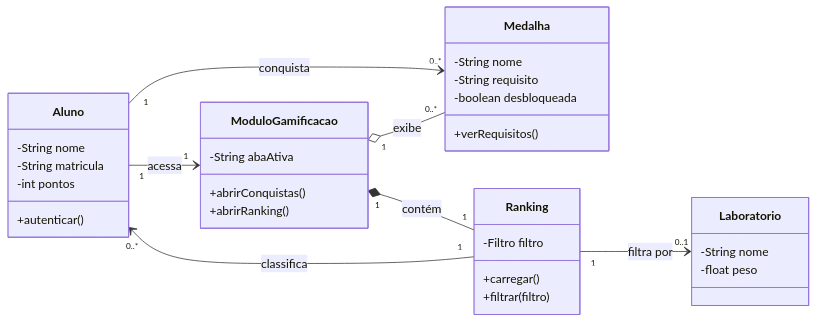
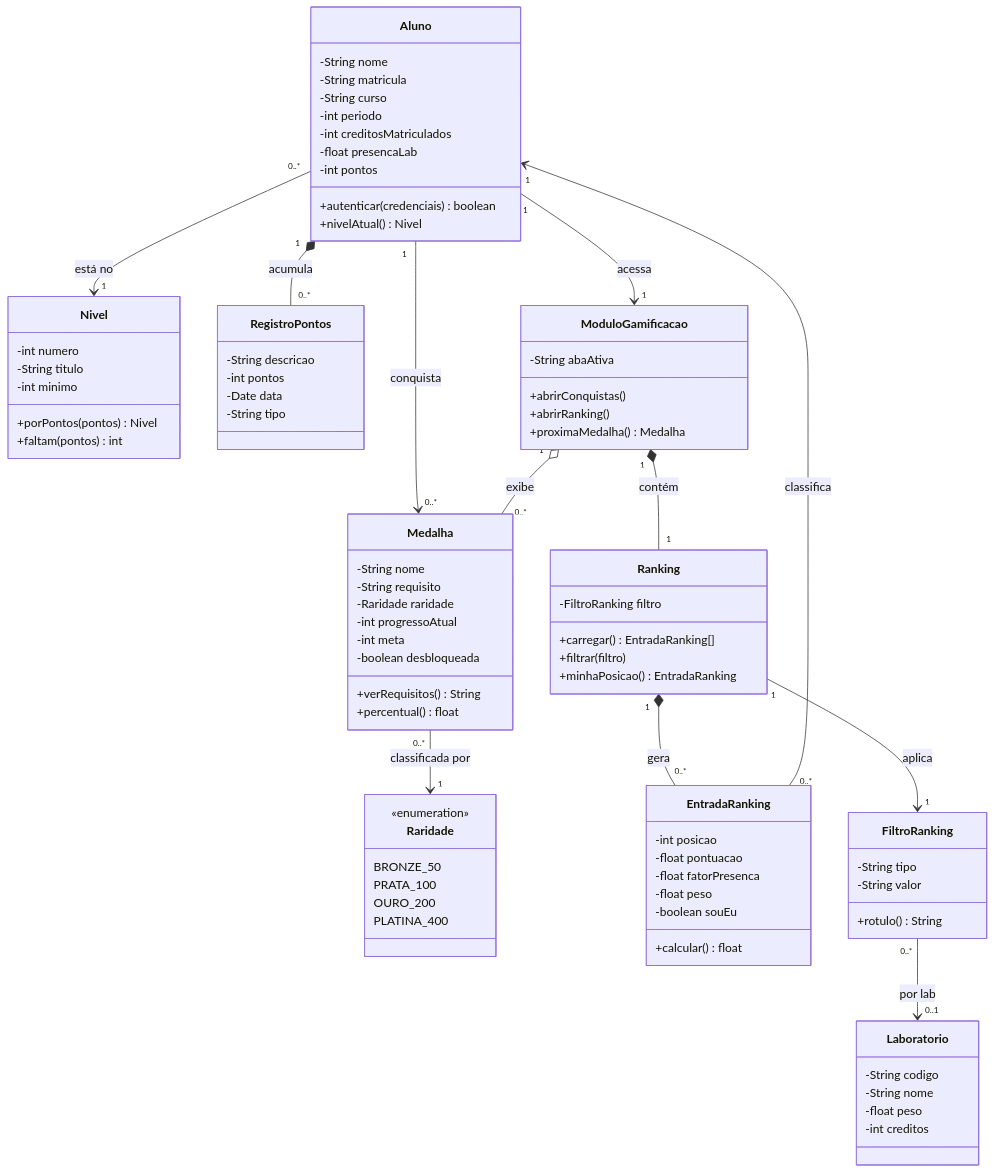
Before and after one commit to XkrulesVitor/Gamificacao-Inatel-Academico: the diagram in README.md, drawn with Mermaid. The commit also changed other lines of this file and 18 other files, not shown here.

````diff
--- a/README.md
+++ b/README.md
@@ -283,38 +320,89 @@
 ```mermaid
 classDiagram
-    direction LR
+    direction TB
 
     class Aluno {
         -String nome
         -String matricula
+        -String curso
+        -int periodo
+        -int creditosMatriculados
+        -float presencaLab
         -int pontos
-        +autenticar()
+        +autenticar(credenciais) boolean
+        +nivelAtual() Nivel
+    }
+    class Nivel {
+        -int numero
+        -String titulo
+        -int minimo
+        +porPontos(pontos) Nivel
+        +faltam(pontos) int
+    }
+    class RegistroPontos {
+        -String descricao
+        -int pontos
+        -Date data
+        -String tipo
     }
     class ModuloGamificacao {
         -String abaAtiva
         +abrirConquistas()
         +abrirRanking()
+        +proximaMedalha() Medalha
     }
     class Medalha {
         -String nome
         -String requisito
+        -Raridade raridade
+        -int progressoAtual
+        -int meta
         -boolean desbloqueada
-        +verRequisitos()
+        +verRequisitos() String
+        +percentual() float
+    }
+    class Raridade {
+        <<enumeration>>
+        BRONZE_50
+        PRATA_100
+        OURO_200
+        PLATINA_400
     }
     class Ranking {
-        -Filtro filtro
-        +carregar()
+        -FiltroRanking filtro
+        +carregar() EntradaRanking[]
         +filtrar(filtro)
+        +minhaPosicao() EntradaRanking
+    }
+    class EntradaRanking {
+        -int posicao
+        -float pontuacao
+        -float fatorPresenca
+        -float peso
+        -boolean souEu
+        +calcular() float
+    }
+    class FiltroRanking {
+        -String tipo
+        -String valor
+        +rotulo() String
     }
     class Laboratorio {
+        -String codigo
         -String nome
         -float peso
+        -int creditos
     }
 
+    Aluno "0..*" --> "1" Nivel : está no
+    Aluno "1" *-- "0..*" RegistroPontos : acumula
     Aluno "1" --> "1" ModuloGamificacao : acessa
     Aluno "1" --> "0..*" Medalha : conquista
     ModuloGamificacao "1" o-- "0..*" Medalha : exibe
     ModuloGamificacao "1" *-- "1" Ranking : contém
-    Ranking "1" --> "0..*" Aluno : classifica
-    Ranking "1" --> "0..1" Laboratorio : filtra por
+    Ranking "1" *-- "0..*" EntradaRanking : gera
+    EntradaRanking "0..*" --> "1" Aluno : classifica
+    Ranking "1" --> "1" FiltroRanking : aplica
+    FiltroRanking "0..*" --> "0..1" Laboratorio : por lab
+    Medalha "0..*" --> "1" Raridade : classificada por
 ```
````
